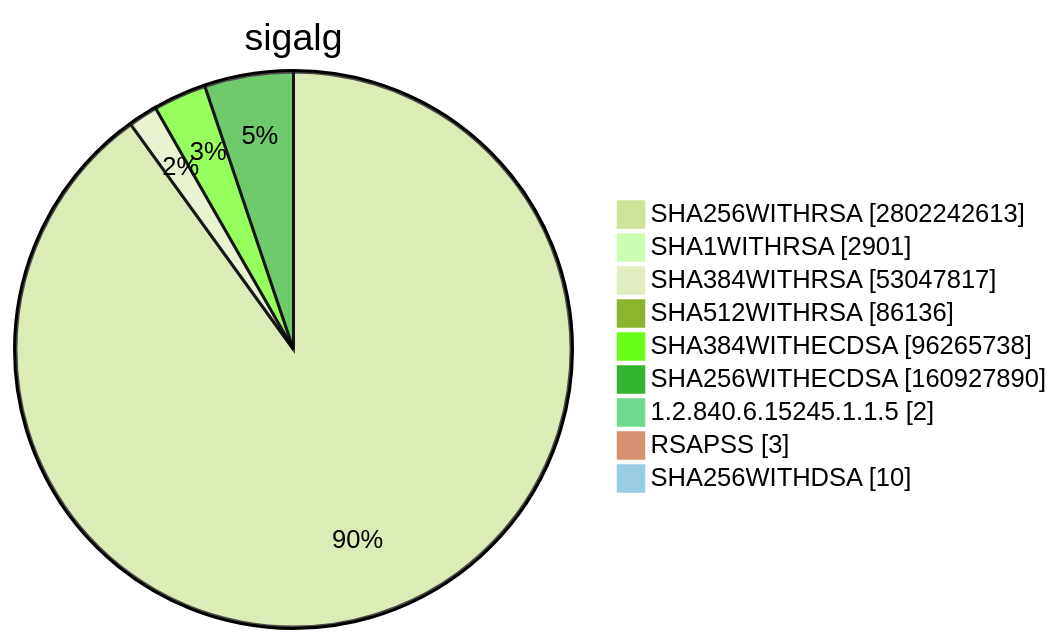
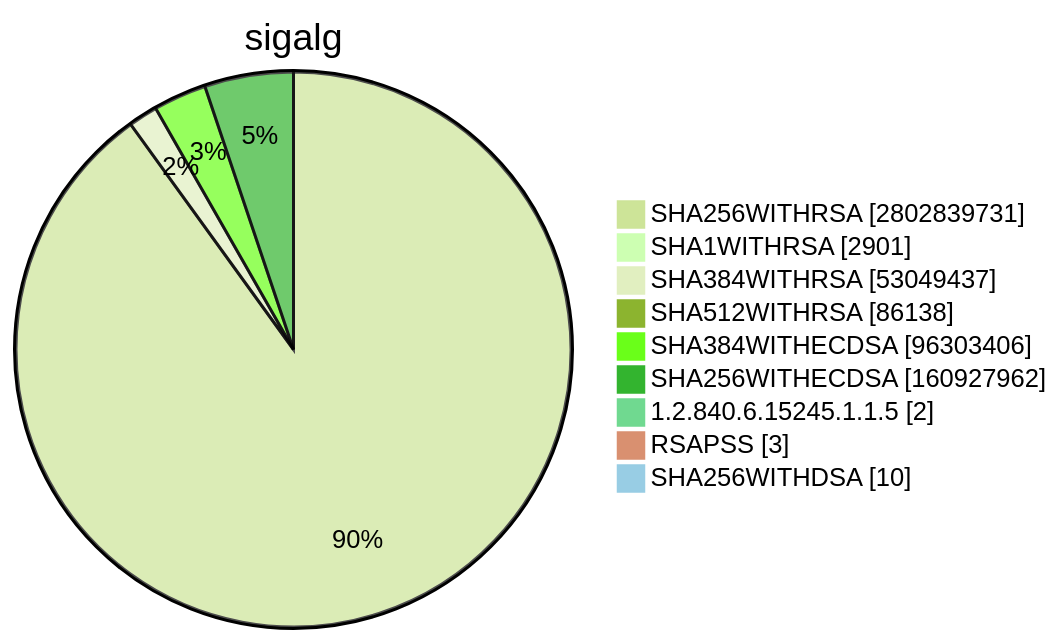
Before and after one commit to christiankrug/ctmonitor_visualization: diagram 15 of 15 in TOTAL/README.md, drawn with Mermaid (forest theme). The commit also changed other lines of this file, not shown here.

````diff
--- a/TOTAL/README.md
+++ b/TOTAL/README.md
@@ -6207,13 +6207,13 @@
 ```mermaid
 pie showData
 title sigalg
-"SHA256WITHRSA" :2802242613
+"SHA256WITHRSA" :2802839731
 "SHA1WITHRSA" :2901
-"SHA384WITHRSA" :53047817
-"SHA512WITHRSA" :86136
-"SHA384WITHECDSA" :96265738
-"SHA256WITHECDSA" :160927890
+"SHA384WITHRSA" :53049437
+"SHA512WITHRSA" :86138
+"SHA384WITHECDSA" :96303406
+"SHA256WITHECDSA" :160927962
 "1.2.840.6.15245.1.1.5" :2
 "RSAPSS" :3
 "SHA256WITHDSA" :10
 ```
````
